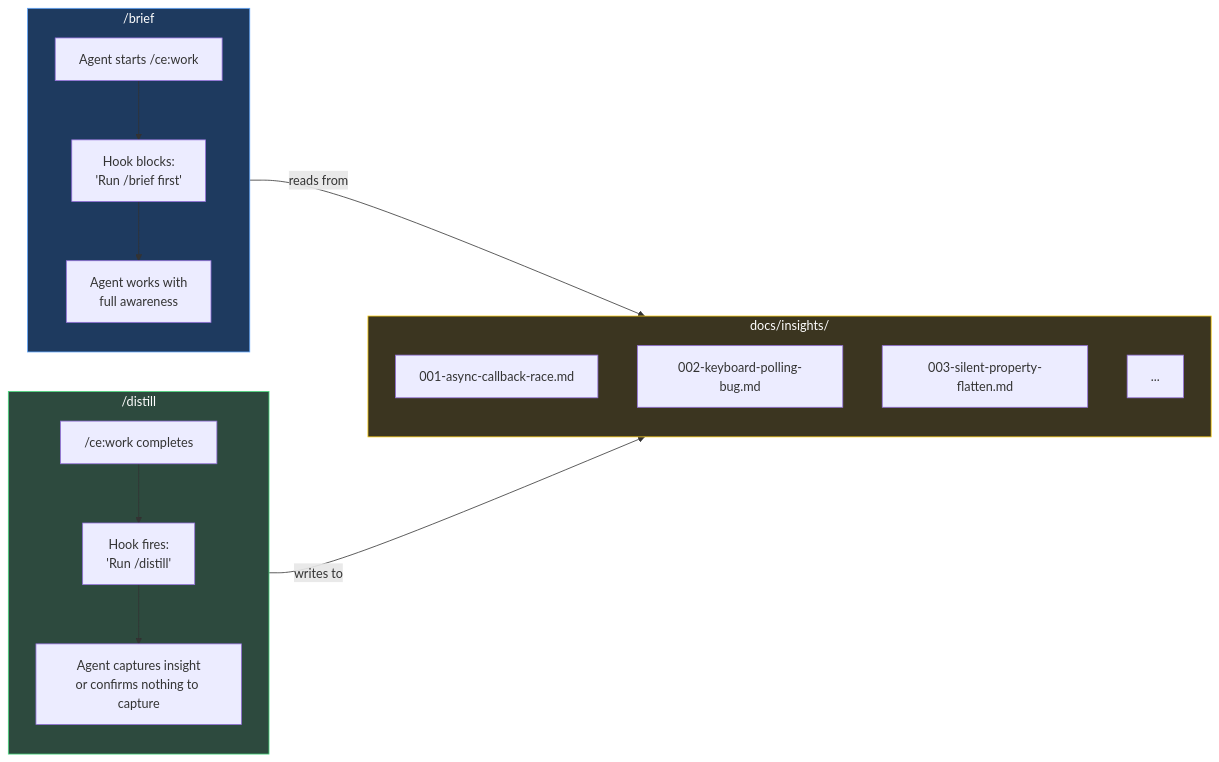
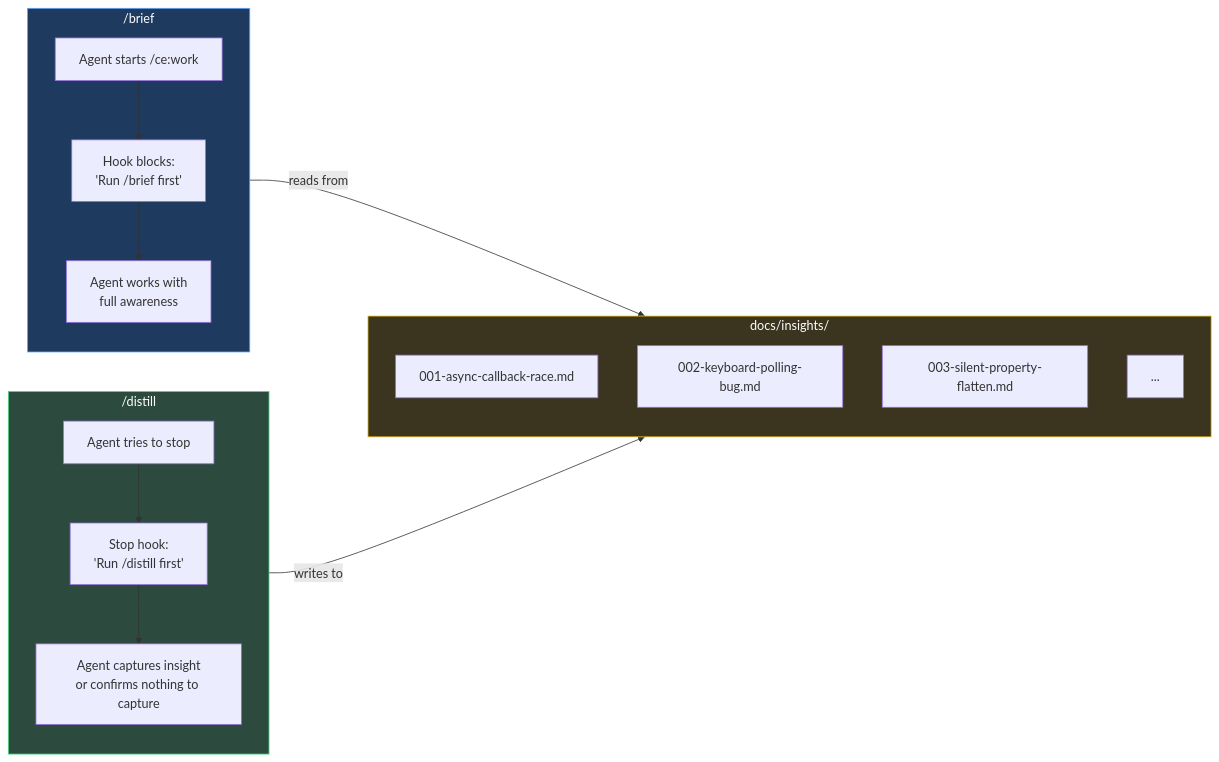
The first of 3 diagrams in projects/skills/distill-and-brief/README.md (mbriggsy/ai-learning-journey), drawn with Mermaid before and after one commit. The commit also changed other lines of this file and 6 other files, not shown here.

First line of the commit message:
hooks: Stop hook enforces /distill at end of work — full chain proven

````diff
--- a/projects/skills/distill-and-brief/README.md
+++ b/projects/skills/distill-and-brief/README.md
@@ -33,33 +33,33 @@
 ```mermaid
 flowchart LR
     subgraph BRIEF ["  /brief  "]
         direction TB
         B1["Agent starts /ce:work"]
         B2["Hook blocks:\n'Run /brief first'"]
         B3["Agent works with\nfull awareness"]
         B1 --> B2 --> B3
     end
 
     subgraph KB ["  docs/insights/  "]
         direction TB
         S1["001-async-callback-race.md"]
         S2["002-keyboard-polling-bug.md"]
         S3["003-silent-property-flatten.md"]
         S4["..."]
     end
 
     subgraph DISTILL ["  /distill  "]
         direction TB
-        D1["/ce:work completes"]
-        D2["Hook fires:\n'Run /distill'"]
+        D1["Agent tries to stop"]
+        D2["Stop hook:\n'Run /distill first'"]
         D3["Agent captures insight\nor confirms nothing to capture"]
         D1 --> D2 --> D3
     end
 
     BRIEF -->|"reads from"| KB
     DISTILL -->|"writes to"| KB
 
     style DISTILL fill:#2d4a3e,stroke:#4ade80,color:#fff
     style KB fill:#3b3520,stroke:#facc15,color:#fff
     style BRIEF fill:#1e3a5f,stroke:#60a5fa,color:#fff
 ```
````
